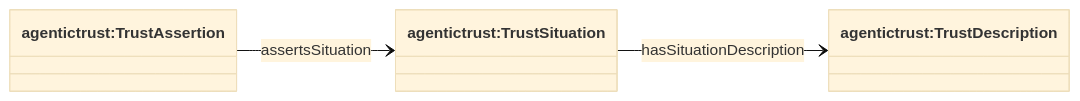
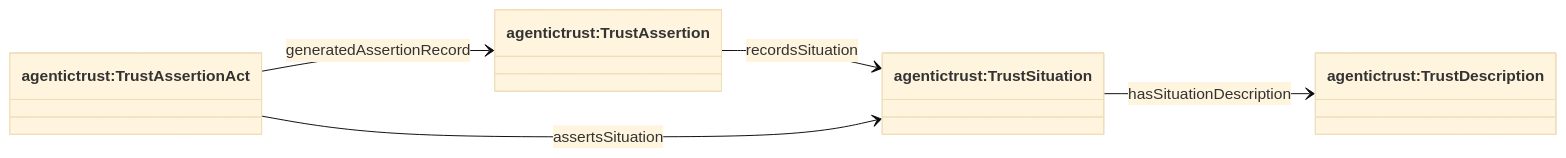
The fourth of 8 diagrams in docs/ontology/situation.md (Agentic-Trust-Layer/agent-explorer), drawn with Mermaid (base theme) before and after one commit. The commit also changed other lines of this file and 12 other files, not shown here.

````diff
--- a/docs/ontology/situation.md
+++ b/docs/ontology/situation.md
@@ -118,11 +139,14 @@
 ```mermaid
 classDiagram
 direction LR
 
 class TrustDescription["agentictrust:TrustDescription"]
 class TrustSituation["agentictrust:TrustSituation"]
 class TrustAssertion["agentictrust:TrustAssertion"]
+class TrustAssertionAct["agentictrust:TrustAssertionAct"]
 
 TrustSituation --> TrustDescription : hasSituationDescription
-TrustAssertion --> TrustSituation : assertsSituation
+TrustAssertion --> TrustSituation : recordsSituation
+TrustAssertionAct --> TrustSituation : assertsSituation
+TrustAssertionAct --> TrustAssertion : generatedAssertionRecord
 ```
````
